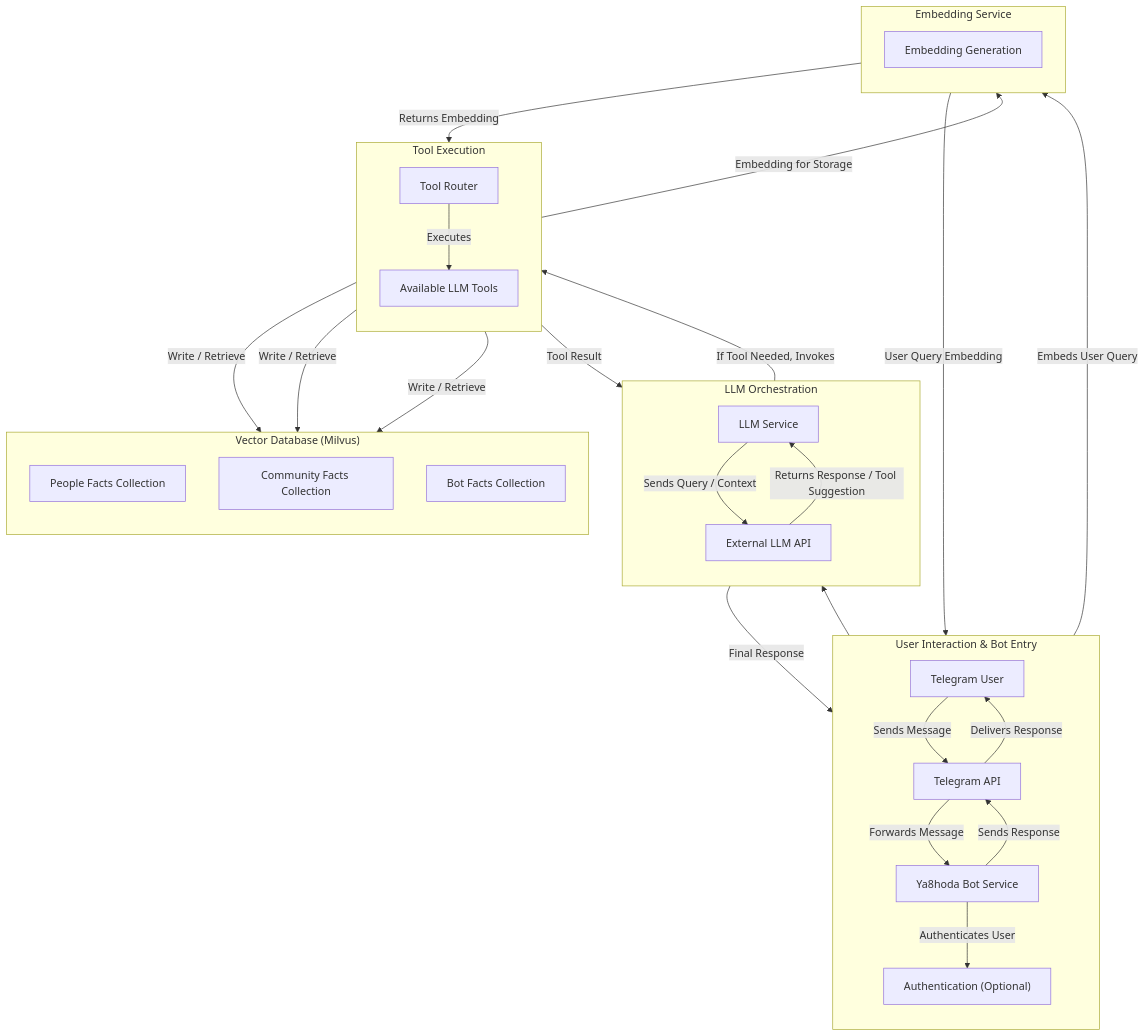
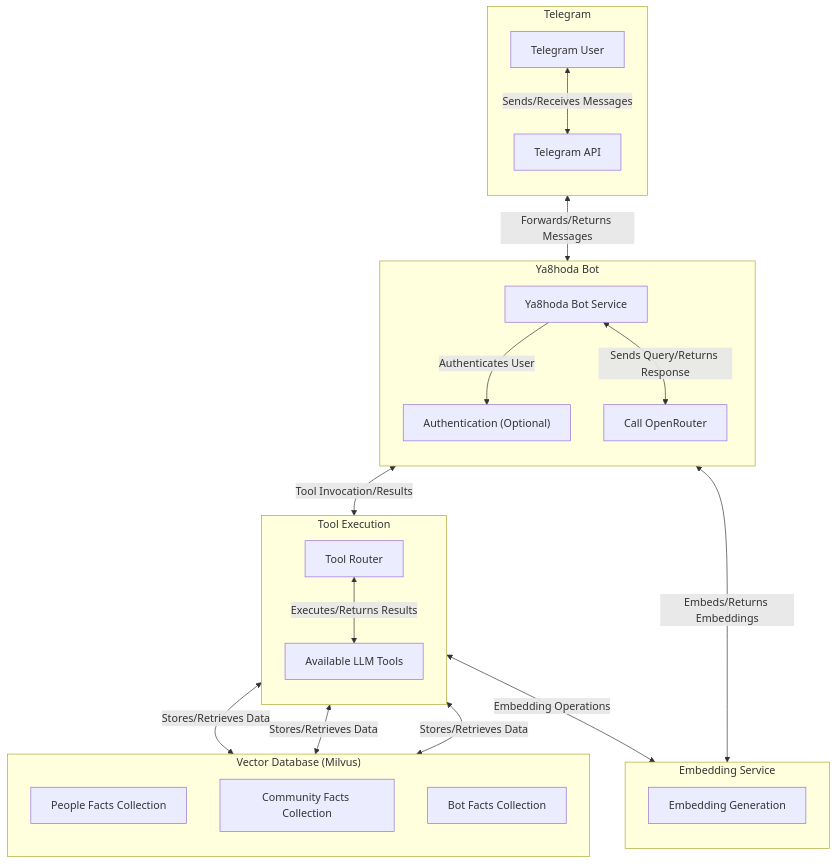
Before and after one commit to hunterwarbs/ya8hoda: the diagram in README.md, drawn with Mermaid.

````diff
--- a/README.md
+++ b/README.md
@@ -53,64 +53,54 @@
 ```mermaid
-flowchart TD
-    %% ====================== Subgraphs ======================
-    subgraph sg_user_interaction ["User Interaction & Bot Entry"]
+graph TD
+
+    subgraph sg_telegram ["Telegram"]
         direction TB
-        ui_user["Telegram User"]
-        ui_api["Telegram API"]
-        ui_bot["Ya8hoda Bot Service"]
-        ui_auth["Authentication (Optional)"]
-
-        ui_user -- "Sends Message" --> ui_api
-        ui_api  -- "Forwards Message" --> ui_bot
-        ui_bot  -- "Authenticates User" --> ui_auth
+        User["Telegram User"]
+        TelegramAPI["Telegram API"]
     end
 
-    subgraph sg_llm_orch ["LLM Orchestration"]
+    subgraph sg_bot_entry ["Ya8hoda Bot"]
         direction TB
-        llm_svc["LLM Service"]
-        ext_llm["External LLM API"]
-
-        llm_svc -- "Sends Query / Context" --> ext_llm
-        ext_llm -- "Returns Response / Tool Suggestion" --> llm_svc
-    end
-
-    subgraph sg_tool_exec ["Tool Execution"]
-        direction TB
-        tool_router["Tool Router"]
-        llm_tools["Available LLM Tools"]
-
-        tool_router -- "Executes" --> llm_tools
-    end
-
-    subgraph sg_vector_db ["Vector Database (Milvus)"]
-        direction TB
-        db_people["People Facts Collection"]
-        db_comm["Community Facts Collection"]
-        db_bot["Bot Facts Collection"]
+        Ya8hodaBot["Ya8hoda Bot Service"]
+        AuthService["Authentication (Optional)"]
+        CallOpenRouter["Call OpenRouter"]
+        
+        Ya8hodaBot --> |"Authenticates User"| AuthService
+        Ya8hodaBot <--> |"Sends Query/Returns Response"| CallOpenRouter
     end
 
     subgraph sg_embedding ["Embedding Service"]
         direction TB
-        embed_svc["Embedding Generation"]
+        EmbeddingSvc["Embedding Generation"]
+    end
+    
+    subgraph sg_tool_execution ["Tool Execution"]
+        direction TB
+        ToolHandler["Tool Router"]
+        AvailableTools["Available LLM Tools"]
+
+        ToolHandler <--> |"Executes/Returns Results"| AvailableTools
     end
 
-    %% ====================== Inter-Module Flow ======================
-    %% Vertical stack alignment
-    ui_bot -- "Embeds User Query" --> embed_svc
-    embed_svc -- "User Query Embedding" --> ui_bot
-    ui_bot --> llm_svc
+    subgraph sg_milvus_db ["Vector Database (Milvus)"]
+        direction TB
+        PeopleFacts["People Facts Collection"]
+        CommunityFacts["Community Facts Collection"]
+        BotFacts["Bot Facts Collection"]
+    end
 
-    llm_svc -- "If Tool Needed, Invokes" --> tool_router
-    tool_router -- "Tool Result" --> llm_svc
+    %% Connections between Telegram and Bot
+    User <--> |"Sends/Receives Messages"| TelegramAPI
+    TelegramAPI <--> |"Forwards/Returns Messages"| Ya8hodaBot
 
-    llm_tools -- "Write / Retrieve" --> db_people
-    llm_tools -- "Write / Retrieve" --> db_comm
-    llm_tools -- "Write / Retrieve" --> db_bot
+    %% Main Orchestration
+    Ya8hodaBot <--> |"Embeds/Returns Embeddings"| EmbeddingSvc
+    
+    CallOpenRouter <--> |"Tool Invocation/Results"| ToolHandler
 
-    llm_tools -- "Embedding for Storage" --> embed_svc
-    embed_svc  -- "Returns Embedding" --> llm_tools
-
-    llm_svc -- "Final Response" --> ui_bot
-    ui_bot  -- "Sends Response" --> ui_api
-    ui_api  -- "Delivers Response" --> ui_user
+    %% Tool Interactions (Abstracted)
+    AvailableTools <--> |"Embedding Operations"| EmbeddingSvc
+    AvailableTools <--> |"Stores/Retrieves Data"| PeopleFacts
+    AvailableTools <--> |"Stores/Retrieves Data"| CommunityFacts
+    AvailableTools <--> |"Stores/Retrieves Data"| BotFacts
 ```
````
